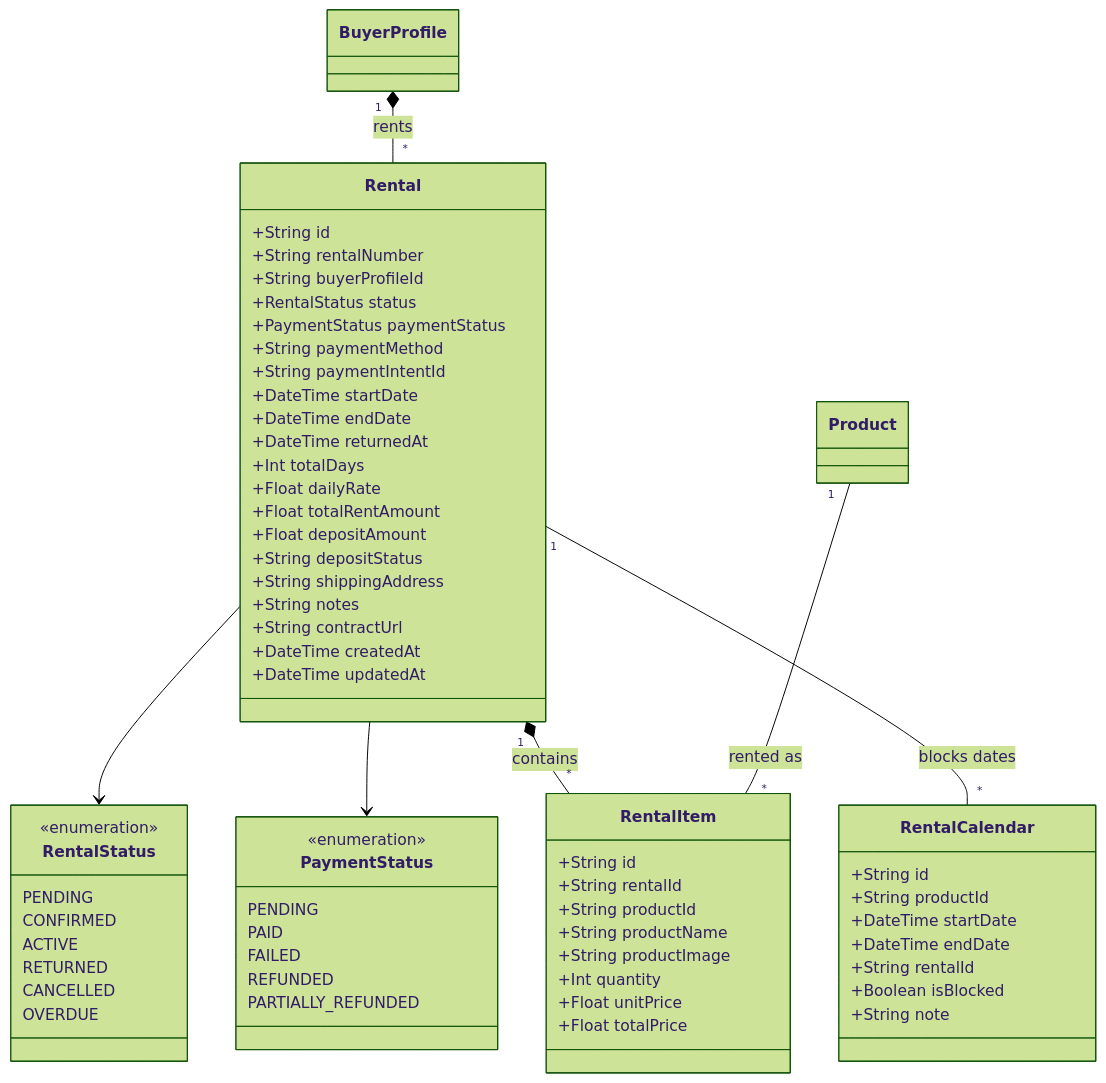
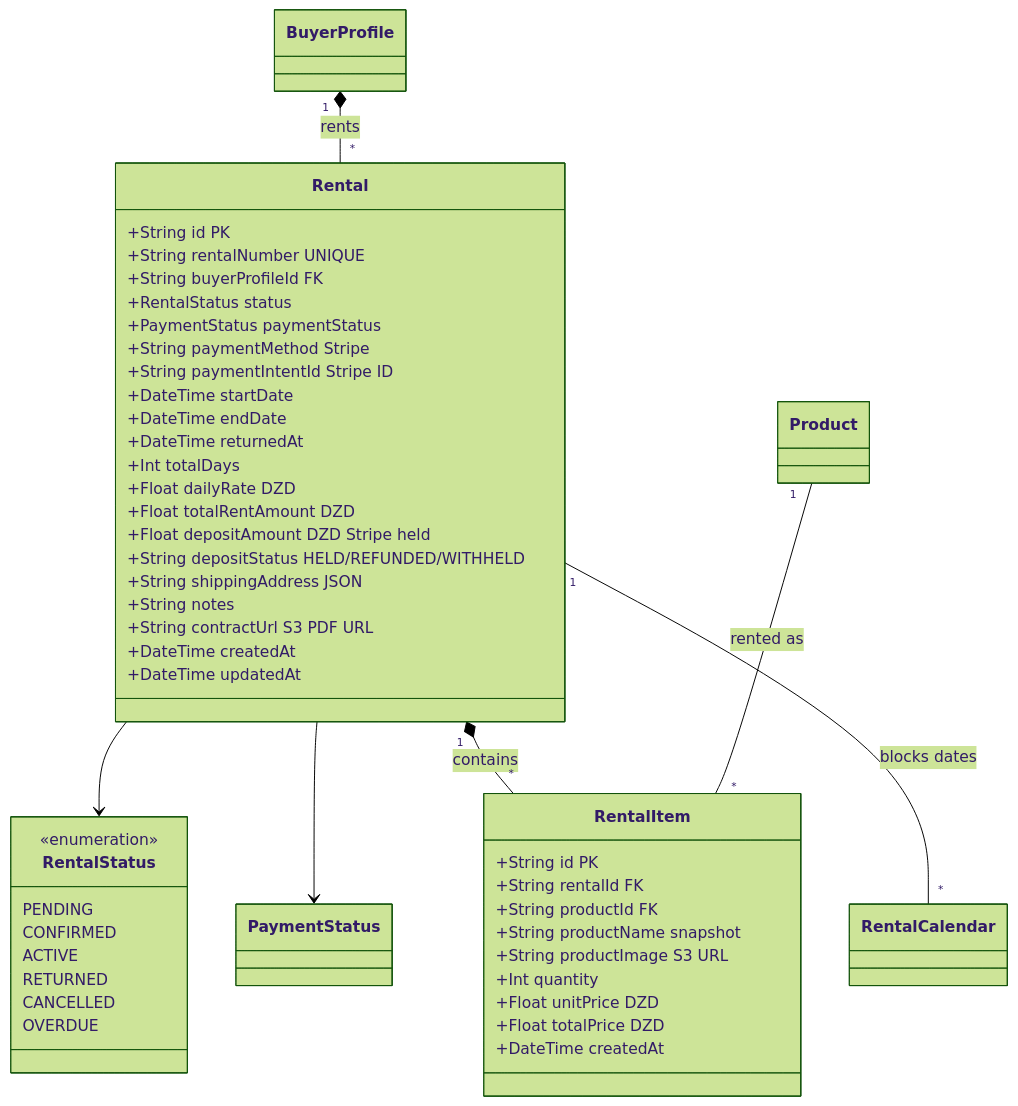
Before and after one commit to tayeb736/prohect12: the fourth of 6 diagrams in diagram_classe_complet.md, drawn with Mermaid (forest theme). The commit also changed other lines of this file and 5 other files, not shown here.

````diff
--- a/diagram_classe_complet.md
+++ b/diagram_classe_complet.md
@@ -447,74 +429,56 @@
 ```mermaid
 classDiagram
 direction TB
 
   class RentalStatus {
     <<enumeration>>
     PENDING
     CONFIRMED
     ACTIVE
     RETURNED
     CANCELLED
     OVERDUE
   }
 
-  class PaymentStatus {
-    <<enumeration>>
-    PENDING
-    PAID
-    FAILED
-    REFUNDED
-    PARTIALLY_REFUNDED
-  }
-
   class Rental {
-    +String id
-    +String rentalNumber
-    +String buyerProfileId
+    +String id PK
+    +String rentalNumber UNIQUE
+    +String buyerProfileId FK
     +RentalStatus status
     +PaymentStatus paymentStatus
-    +String paymentMethod
-    +String paymentIntentId
+    +String paymentMethod Stripe
+    +String paymentIntentId Stripe ID
     +DateTime startDate
     +DateTime endDate
     +DateTime returnedAt
     +Int totalDays
-    +Float dailyRate
-    +Float totalRentAmount
-    +Float depositAmount
-    +String depositStatus
-    +String shippingAddress
+    +Float dailyRate DZD
+    +Float totalRentAmount DZD
+    +Float depositAmount DZD Stripe held
+    +String depositStatus HELD/REFUNDED/WITHHELD
+    +String shippingAddress JSON
     +String notes
-    +String contractUrl
+    +String contractUrl S3 PDF URL
     +DateTime createdAt
     +DateTime updatedAt
   }
 
   class RentalItem {
-    +String id
-    +String rentalId
-    +String productId
-    +String productName
-    +String productImage
+    +String id PK
+    +String rentalId FK
+    +String productId FK
+    +String productName snapshot
+    +String productImage S3 URL
     +Int quantity
-    +Float unitPrice
-    +Float totalPrice
-  }
-
-  class RentalCalendar {
-    +String id
-    +String productId
-    +DateTime startDate
-    +DateTime endDate
-    +String rentalId
-    +Boolean isBlocked
-    +String note
+    +Float unitPrice DZD
+    +Float totalPrice DZD
+    +DateTime createdAt
   }
 
   BuyerProfile "1" *-- "*" Rental : rents
   Rental --> RentalStatus
   Rental --> PaymentStatus
   Rental "1" *-- "*" RentalItem : contains
   Product "1" -- "*" RentalItem : rented as
   Rental "1" -- "*" RentalCalendar : blocks dates
 ```
````
